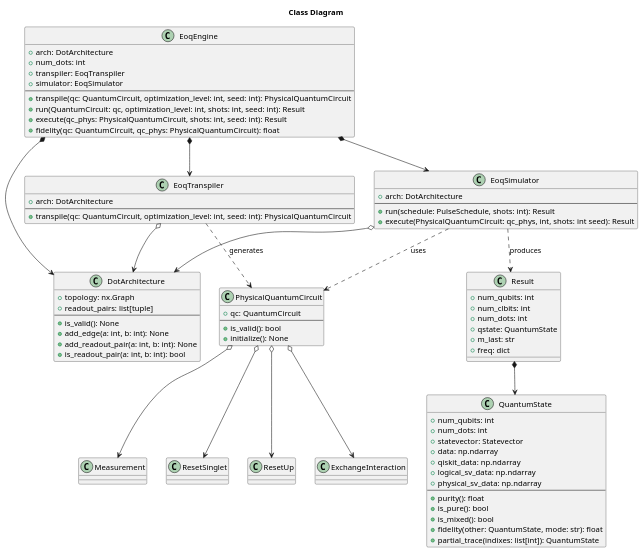
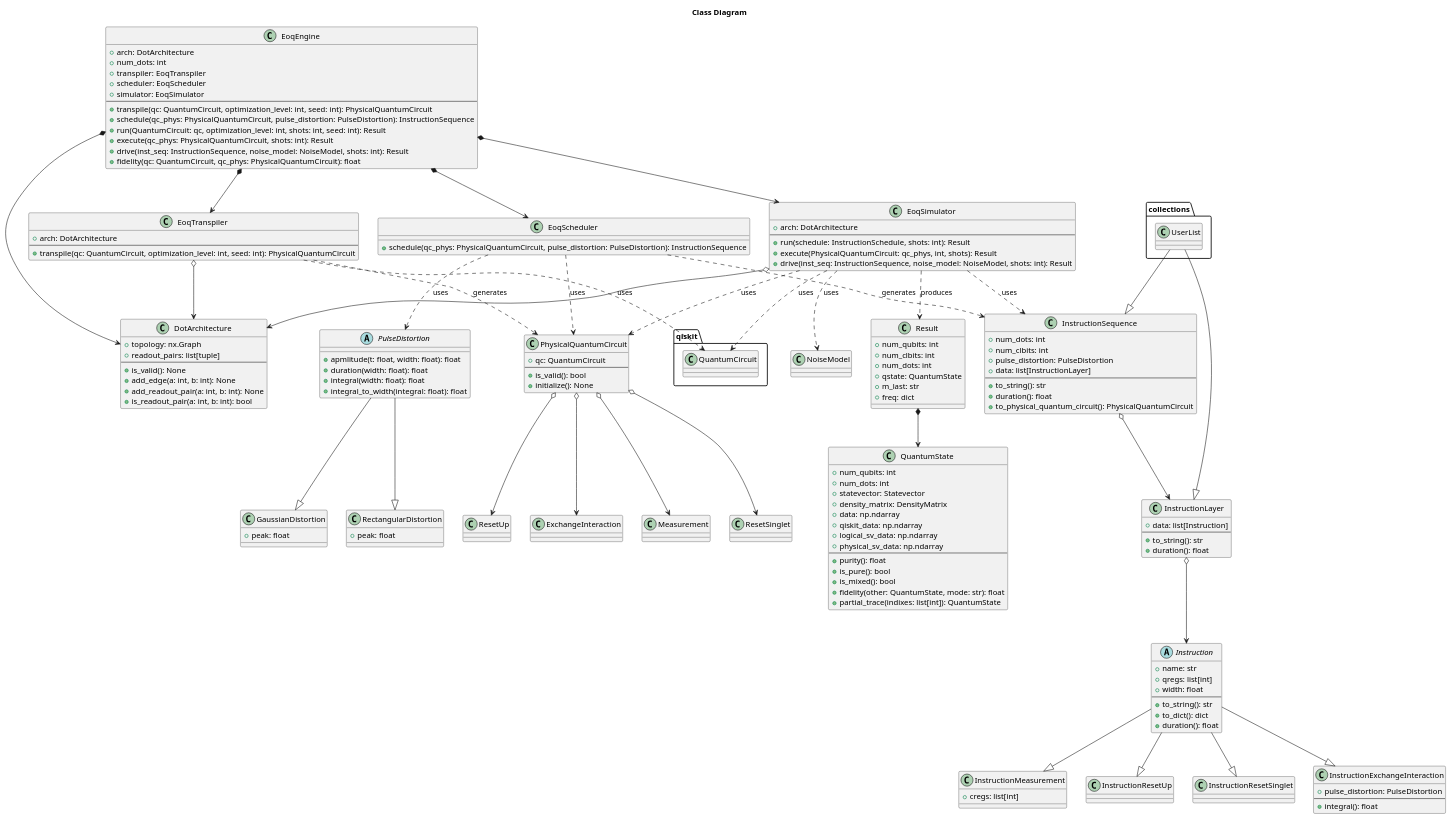
One commit to samn33/eoqrid changed the diagram in uml/class.pu. Above: the diagram before and after it, drawn with PlantUML. The commit also changed 33 other files, not shown here.

Commit message:
Add InstructionSequence, PulseDistortion, and EoqScheduler class

```diff
--- a/uml/class.pu
+++ b/uml/class.pu
@@ -1,105 +1,197 @@
 @startuml
 title Class Diagram
 
 ' --- Relationships ---
 
 EoqEngine *--> EoqTranspiler
+EoqEngine *--> EoqScheduler
 EoqEngine *--> EoqSimulator
 EoqEngine *--> DotArchitecture
 
 EoqTranspiler o--> DotArchitecture
 EoqSimulator o--> DotArchitecture
 
+EoqTranspiler ..> qiskit.QuantumCircuit : uses
 EoqTranspiler ..> PhysicalQuantumCircuit : generates
+EoqScheduler ..> PhysicalQuantumCircuit : uses
+EoqScheduler ..> PulseDistortion : uses
+EoqScheduler ..> InstructionSequence : generates
+EoqSimulator ..> qiskit.QuantumCircuit : uses
 EoqSimulator ..> PhysicalQuantumCircuit : uses
+EoqSimulator ..> InstructionSequence : uses
+EoqSimulator ..> NoiseModel : uses
 EoqSimulator ..> Result : produces
 
 Result *--> QuantumState
 
 PhysicalQuantumCircuit o--> ResetSinglet
 PhysicalQuantumCircuit o--> ResetUp
 PhysicalQuantumCircuit o--> ExchangeInteraction
 PhysicalQuantumCircuit o--> Measurement
 
 ' --- Classes ---
 
 class EoqEngine {
   + arch: DotArchitecture
   + num_dots: int
   + transpiler: EoqTranspiler
+  + scheduler: EoqScheduler
   + simulator: EoqSimulator
   --
   + transpile(qc: QuantumCircuit, optimization_level: int, seed: int): PhysicalQuantumCircuit
+  + schedule(qc_phys: PhysicalQuantumCircuit, pulse_distortion: PulseDistortion): InstructionSequence
   + run(QuantumCircuit: qc, optimization_level: int, shots: int, seed: int): Result
-  + execute(qc_phys: PhysicalQuantumCircuit, shots: int, seed: int): Result
+  + execute(qc_phys: PhysicalQuantumCircuit, shots: int): Result
+  + drive(inst_seq: InstructionSequence, noise_model: NoiseModel, shots: int): Result 
   + fidelity(qc: QuantumCircuit, qc_phys: PhysicalQuantumCircuit): float
 }
 
 class EoqTranspiler {
   + arch: DotArchitecture
   --
   + transpile(qc: QuantumCircuit, optimization_level: int, seed: int): PhysicalQuantumCircuit
 }
 
+class EoqScheduler {
+  + schedule(qc_phys: PhysicalQuantumCircuit, pulse_distortion: PulseDistortion): InstructionSequence
+}
+
 class EoqSimulator {
   + arch: DotArchitecture
   --
-  + run(schedule: PulseSchedule, shots: int): Result
-  + execute(PhysicalQuantumCircuit: qc_phys, int, shots: int seed): Result
+  + run(schedule: InstructionSchedule, shots: int): Result
+  + execute(PhysicalQuantumCircuit: qc_phys, int, shots): Result
+  + drive(inst_seq: InstructionSequence, noise_model: NoiseModel, shots: int): Result
 }
 
 class PhysicalQuantumCircuit {
   + qc: QuantumCircuit
   --
   + is_valid(): bool
   + initialize(): None
 }
 
 class ExchangeInteraction {
 }
 
 class Measurement {
 }
 
 class ResetSinglet {
 }
 
 class ResetUp {
 }
 
 class DotArchitecture {
   + topology: nx.Graph
   + readout_pairs: list[tuple]
   --
   + is_valid(): None
   + add_edge(a: int, b: int): None
   + add_readout_pair(a: int, b: int): None
   + is_readout_pair(a: int, b: int): bool
 }
 
 class Result {
   + num_qubits: int
   + num_clbits: int
   + num_dots: int
   + qstate: QuantumState
   + m_last: str
   + freq: dict
 }
 
 class QuantumState {
   + num_qubits: int
   + num_dots: int
   + statevector: Statevector
+  + density_matrix: DensityMatrix
   + data: np.ndarray
   + qiskit_data: np.ndarray
   + logical_sv_data: np.ndarray
   + physical_sv_data: np.ndarray
   --
   + purity(): float
   + is_pure(): bool
   + is_mixed(): bool
   + fidelity(other: QuantumState, mode: str): float
   + partial_trace(indixes: list[int]): QuantumState
 }
 
+PulseDistortion --|> RectangularDistortion
+PulseDistortion --|> GaussianDistortion
+
+abstract class PulseDistortion {
+  + apmlitude(t: float, width: float): float
+  + duration(width: float): float
+  + integral(width: float): float
+  + integral_to_width(integral: float): float
+}
+
+class RectangularDistortion {
+  + peak: float
+}
+
+class GaussianDistortion {
+  + peak: float
+}
+
+collections.UserList --|> InstructionSequence
+collections.UserList --|> InstructionLayer
+InstructionSequence o--> InstructionLayer
+InstructionLayer o--> Instruction
+
+class InstructionSequence {
+  + num_dots: int
+  + num_clbits: int
+  + pulse_distortion: PulseDistortion
+  + data: list[InstructionLayer]
+  --
+  + to_string(): str
+  + duration(): float
+  + to_physical_quantum_circuit(): PhysicalQuantumCircuit
+}
+
+class InstructionLayer {
+  + data: list[Instruction]
+  --
+  + to_string(): str
+  + duration(): float
+}
+
+Instruction --|> InstructionMeasurement
+Instruction --|> InstructionResetUp
+Instruction --|> InstructionResetSinglet
+Instruction --|> InstructionExchangeInteraction
+
+abstract class Instruction {
+  + name: str
+  + qregs: list[int]
+  + width: float
+  --
+  + to_string(): str
+  + to_dict(): dict
+  + duration(): float
+}
+
+class InstructionMeasurement {
+  + cregs: list[int]
+}
+
+class InstructionResetUp {
+}
+
+class InstructionResetSinglet {
+}
+
+class InstructionExchangeInteraction {
+  + pulse_distortion: PulseDistortion
+  --
+  + integral(): float
+}
+
+class NoiseModel {
+}
+
 @enduml
```
